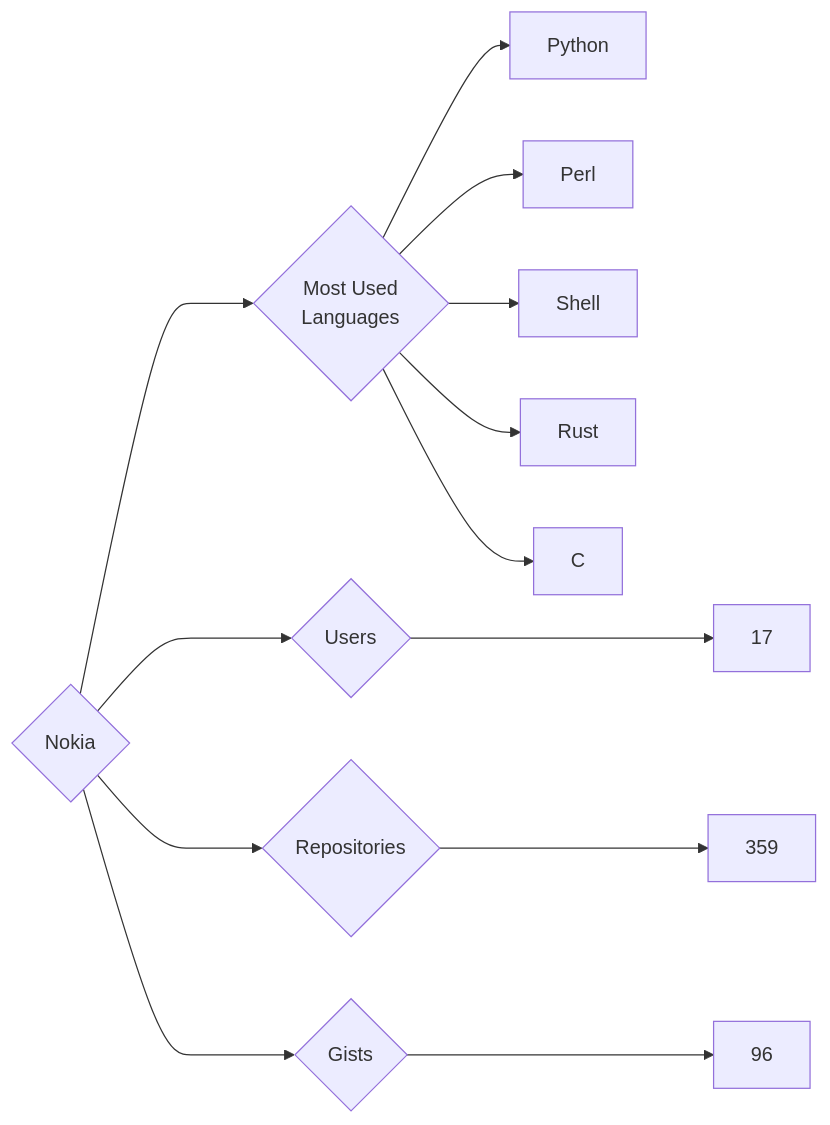
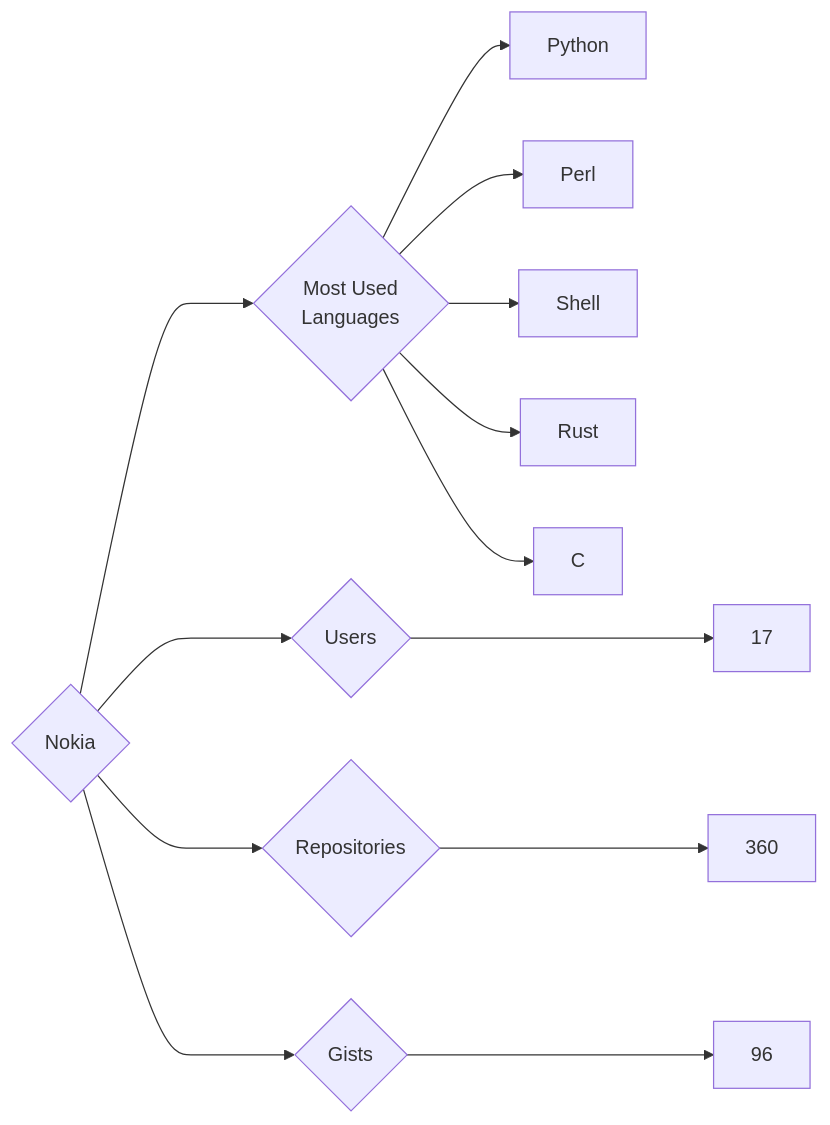
One commit to trickest/insiders changed the diagram in targets/Nokia/README.md. Above: the diagram before and after it, drawn with Mermaid. The commit also changed 815 other files, not shown here.

````diff
--- a/targets/Nokia/README.md
+++ b/targets/Nokia/README.md
@@ -3,13 +3,13 @@
 ```mermaid
 graph LR
 COMPANY_NAME{Nokia}
 COMPANY_NAME ---> U{Users} ---> UN[17]
-COMPANY_NAME ---> R{Repositories} ---> RN[359]
+COMPANY_NAME ---> R{Repositories} ---> RN[360]
 COMPANY_NAME ---> G{Gists} ---> GN[96]
 COMPANY_NAME ---> ML{Most Used<br>Languages}
 ML --> Python[Python]
 ML --> Perl[Perl]
 ML --> Shell[Shell]
 ML --> Rust[Rust]
 ML --> C[C]
 ```
````
